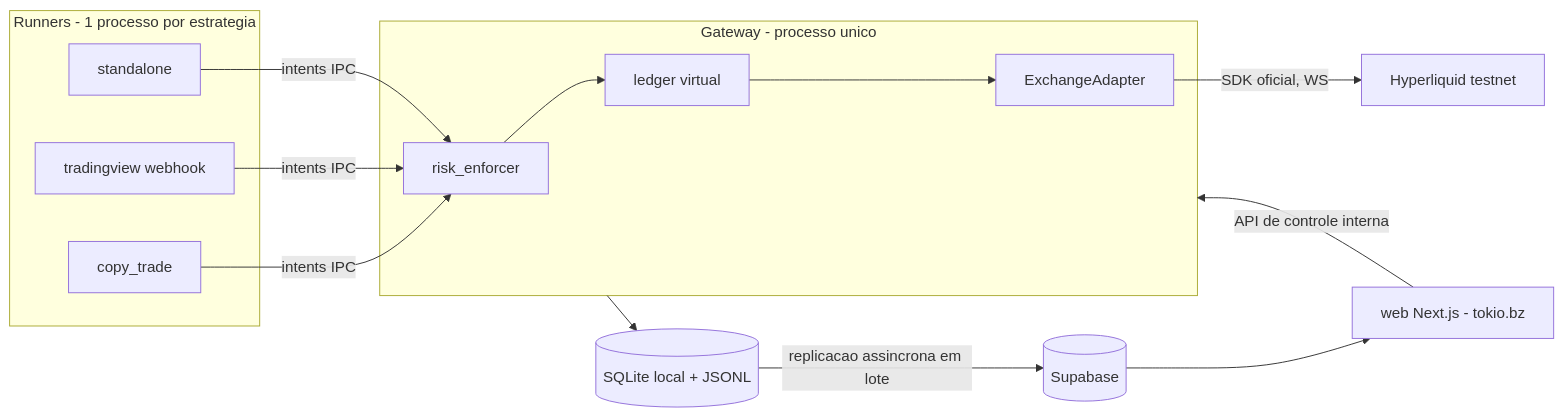
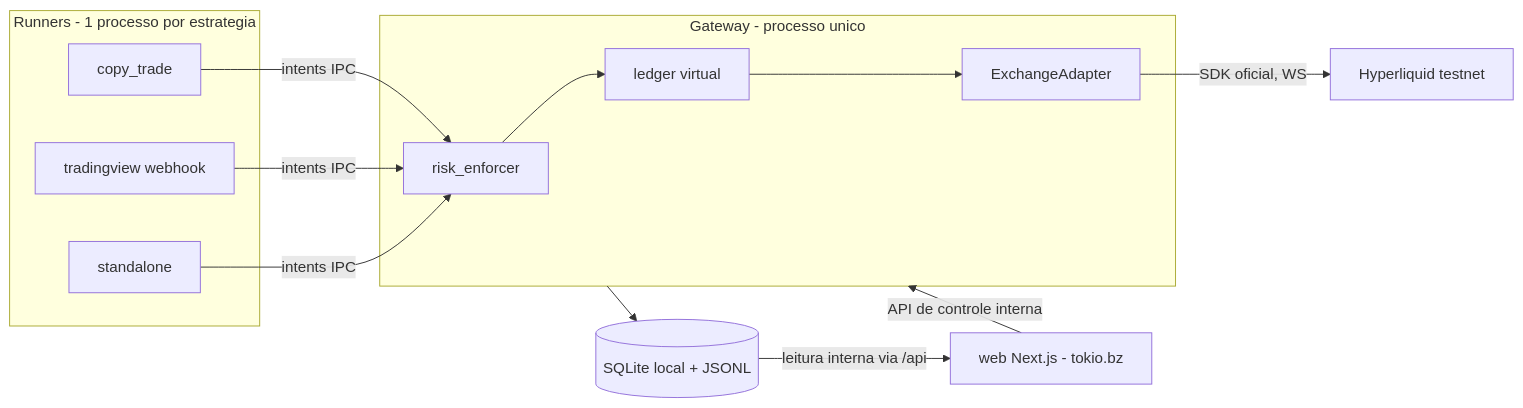
Before and after one commit to rtg003/Tokio: the diagram in PLAN.md, drawn with Mermaid. The commit also changed other lines of this file and 3 other files, not shown here.

````diff
--- a/PLAN.md
+++ b/PLAN.md
@@ -29,22 +27,21 @@
 ```mermaid
 flowchart LR
   subgraph runners [Runners - 1 processo por estrategia]
     CT[copy_trade]
     TV[tradingview webhook]
     SA[standalone]
   end
   subgraph gw [Gateway - processo unico]
     RE[risk_enforcer]
     LG[ledger virtual]
     AD[ExchangeAdapter]
   end
   CT -->|intents IPC| RE
   TV -->|intents IPC| RE
   SA -->|intents IPC| RE
   RE --> LG --> AD
   AD -->|SDK oficial, WS| HL[Hyperliquid testnet]
   gw --> DB[(SQLite local + JSONL)]
-  DB -->|replicacao assincrona em lote| SB[(Supabase)]
-  SB --> WEB[web Next.js - tokio.bz]
+  DB -->|leitura interna via /api| WEB[web Next.js - tokio.bz]
   WEB -->|API de controle interna| gw
 ```
````
